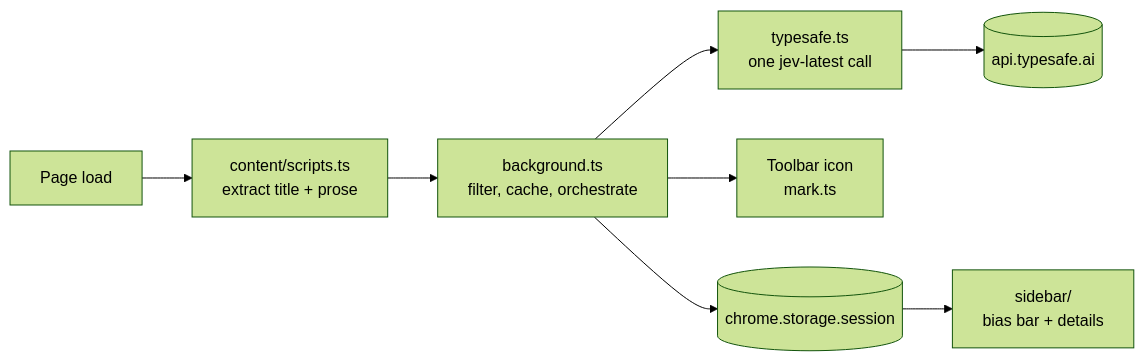
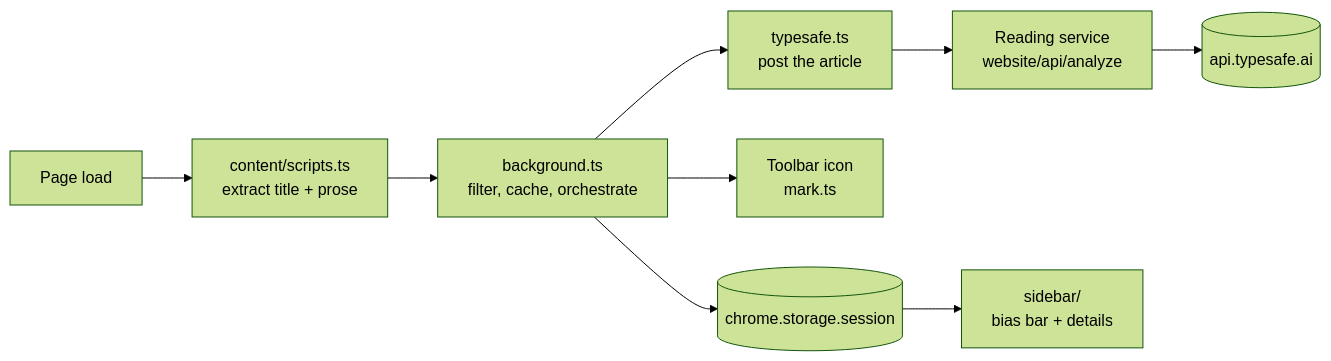
One commit to jagenaujagenau/ground-truth changed the diagram in README.md. Above: the diagram before and after it, drawn with Mermaid (forest theme). The commit also changed other lines of this file and 2 other files, not shown here.

First line of the commit message:
docs: describe the reading service and the six languages

````diff
--- a/README.md
+++ b/README.md
@@ -45,10 +52,11 @@
 ```mermaid
 graph LR
     Page[Page load] --> Content[content/scripts.ts<br/>extract title + prose]
     Content --> BG[background.ts<br/>filter, cache, orchestrate]
-    BG --> TS[typesafe.ts<br/>one jev-latest call]
-    TS --> API[(api.typesafe.ai)]
+    BG --> TS[typesafe.ts<br/>post the article]
+    TS --> SVC[Reading service<br/>website/api/analyze]
+    SVC --> API[(api.typesafe.ai)]
     BG --> Icon[Toolbar icon<br/>mark.ts]
     BG --> Store[(chrome.storage.session)]
     Store --> Panel[sidebar/<br/>bias bar + details]
 ```
````
